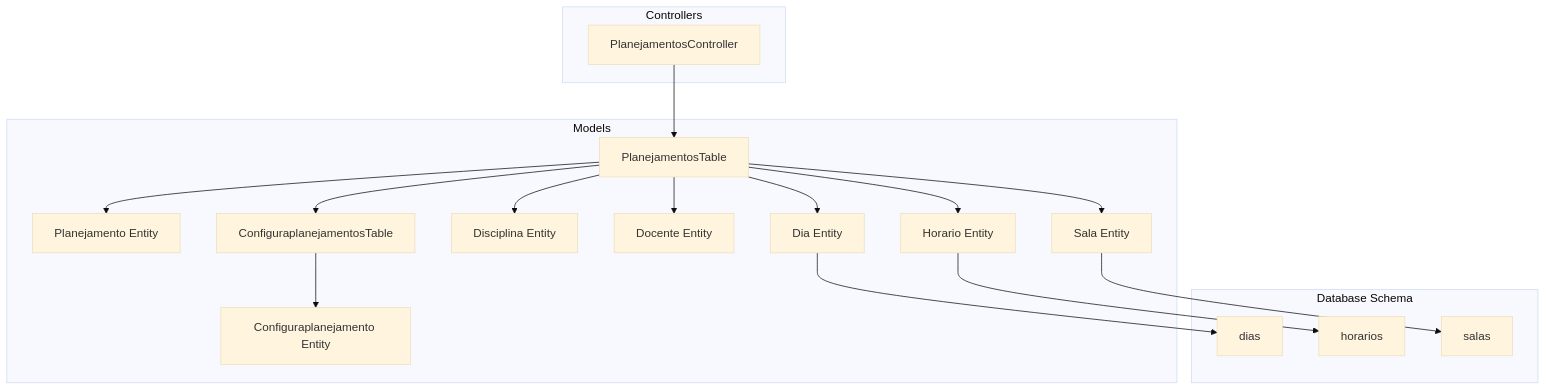
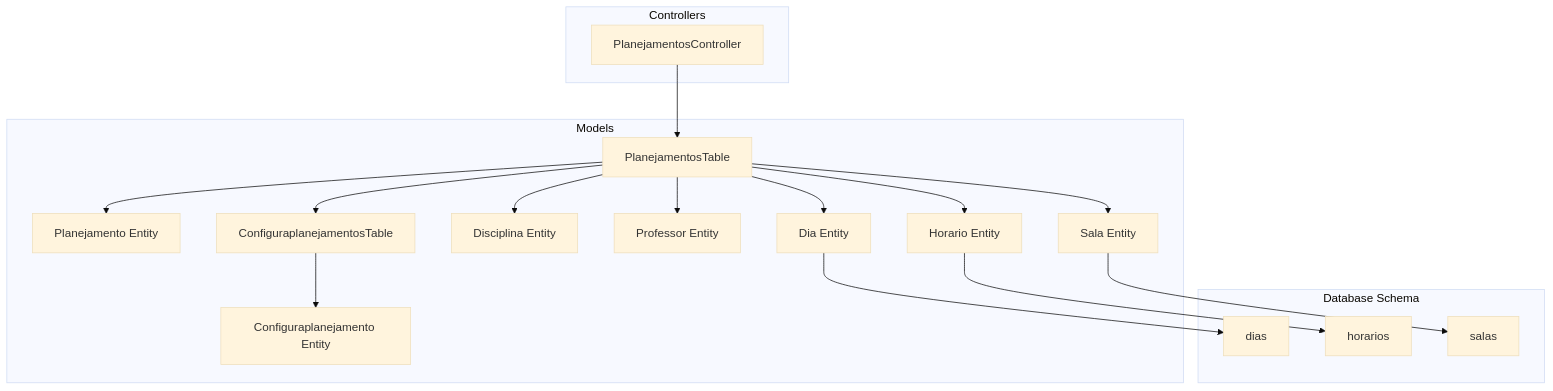
One commit to luiseduacosta/planejamento5 changed the first of 11 diagrams in .qoder/repowiki/en/content/Project Overview/Core Features Overview/Academic Planning Management/Academic Planning Management.md. Above: the diagram before and after it, drawn with Mermaid (base theme). The commit also changed other lines of this file and 37 other files, not shown here.

````diff
--- a/.qoder/repowiki/en/content/Project Overview/Core Features Overview/Academic Planning Management/Academic Planning Management.md
+++ b/.qoder/repowiki/en/content/Project Overview/Core Features Overview/Academic Planning Management/Academic Planning Management.md
@@ -41,34 +41,34 @@
 ```mermaid
 graph TB
 subgraph "Controllers"
 PC["PlanejamentosController"]
 end
 subgraph "Models"
 PT["PlanejamentosTable"]
 PE["Planejamento Entity"]
 CT["ConfiguraplanejamentosTable"]
 CE["Configuraplanejamento Entity"]
 DE["Disciplina Entity"]
-DO["Docente Entity"]
+DO["Professor Entity"]
 SA["Sala Entity"]
 DI["Dia Entity"]
 HO["Horario Entity"]
 end
 subgraph "Database Schema"
 D["dias"]
 H["horarios"]
 S["salas"]
 end
 PC --> PT
 PT --> PE
 PT --> CT
 CT --> CE
 PT --> DE
 PT --> DO
 PT --> SA
 PT --> DI
 PT --> HO
 DI --> D
 HO --> H
 SA --> S
 ```
````
